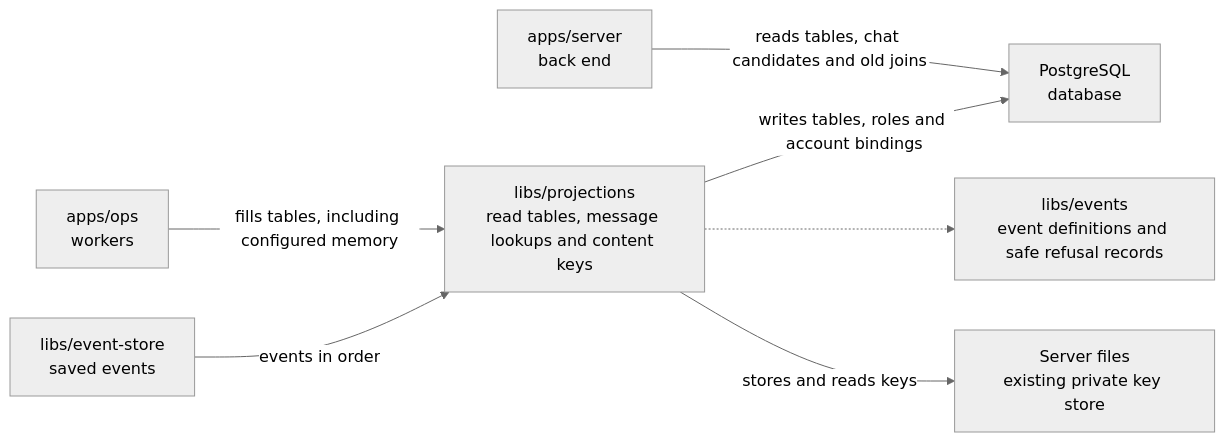
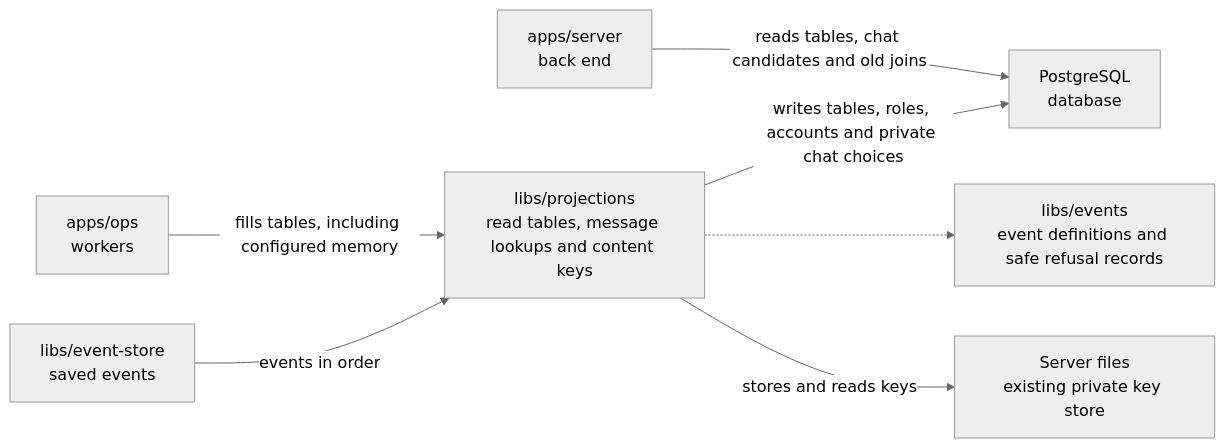
One commit to elewa-git/opencrane-new changed the diagram in libs/projections/README.md. Above: the diagram before and after it, drawn with Mermaid (neutral theme). The commit also changed other lines of this file and 16 other files, not shown here.

````diff
--- a/libs/projections/README.md
+++ b/libs/projections/README.md
@@ -23,9 +23,9 @@
 ```mermaid
 flowchart LR
   ops["apps/ops<br/>workers"] -->|fills tables, including configured memory| projections["libs/projections<br/>read tables, message lookups and content keys"]
   server["apps/server<br/>back end"] -->|reads tables, chat candidates and old joins| pg["PostgreSQL<br/>database"]
-  projections -->|writes tables, roles and account bindings| pg
+  projections -->|writes tables, roles, accounts and private chat choices| pg
   store["libs/event-store<br/>saved events"] -->|events in order| projections
   projections -.-> events["libs/events<br/>event definitions and safe refusal records"]
   projections -->|stores and reads keys| keys["Server files<br/>existing private key store"]
 ```
````
